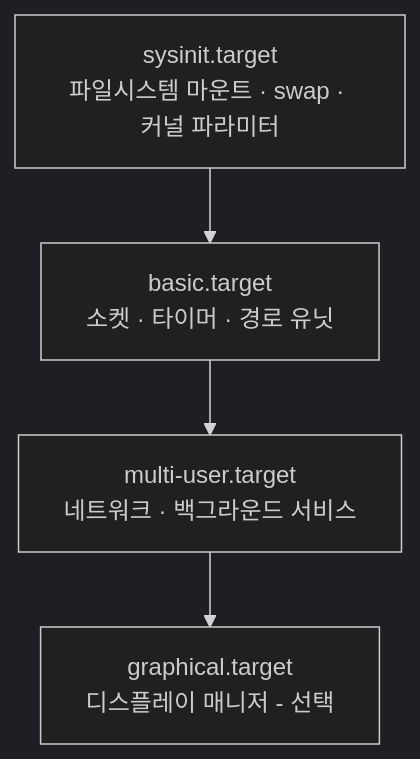
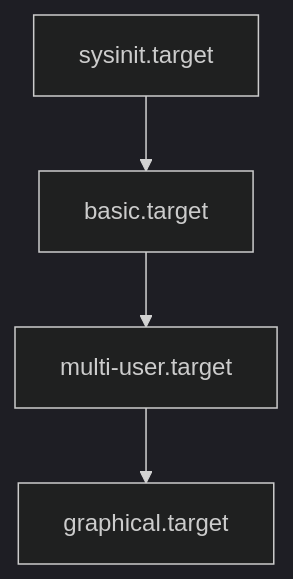
Before and after one commit to moonblueblue/devops-wiki: the fifth of 6 diagrams in content/linux/boot-init/boot-process.md, drawn with Mermaid (dark theme). The commit also changed other lines of this file and 2 other files, not shown here.

````diff
--- a/content/linux/boot-init/boot-process.md
+++ b/content/linux/boot-init/boot-process.md
@@ -251,9 +258,9 @@
 ```mermaid
 graph TD
-    A[sysinit.target\n파일시스템 마운트 · swap · 커널 파라미터]
-    B[basic.target\n소켓 · 타이머 · 경로 유닛]
-    C[multi-user.target\n네트워크 · 백그라운드 서비스]
-    D[graphical.target\n디스플레이 매니저 - 선택]
+    A[sysinit.target]
+    B[basic.target]
+    C[multi-user.target]
+    D[graphical.target]
 
     A --> B --> C --> D
 ```
````
